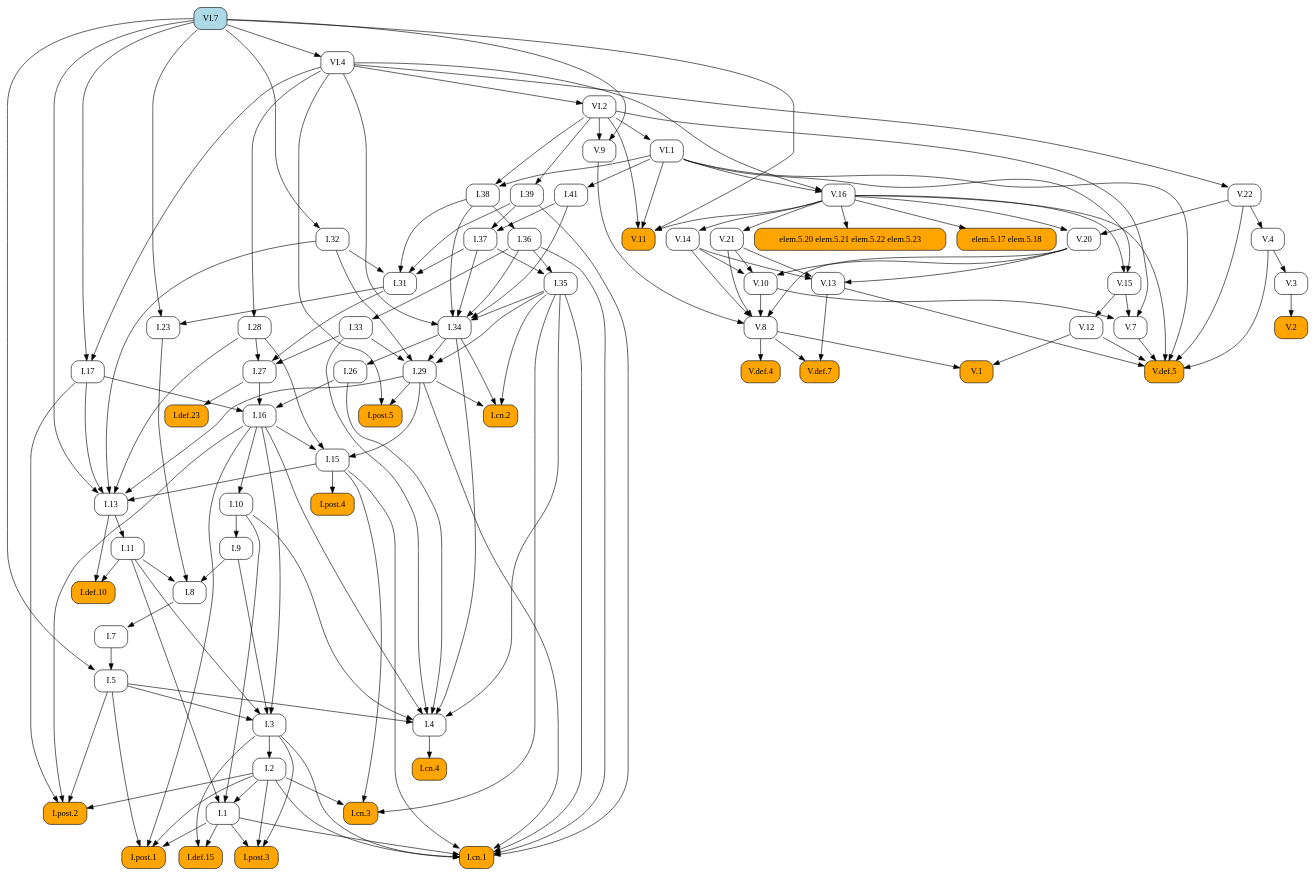
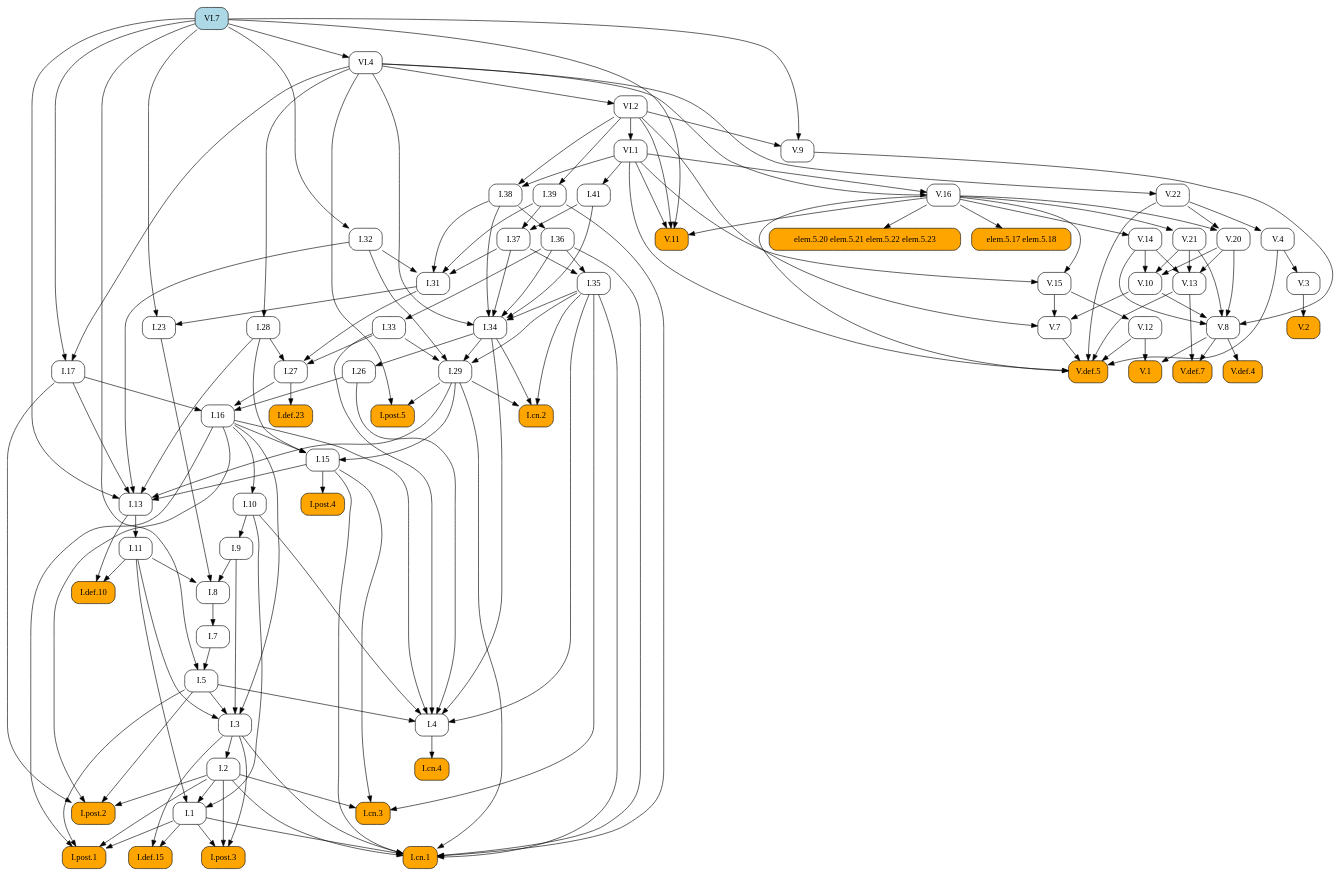
The diagram in docsrc/heath/VI/7/index.rst (geometor/elements), drawn with Graphviz before and after one commit. The commit also changed other lines of this file and 1029 other files, not shown here.

```diff
--- a/docsrc/heath/VI/7/index.rst
+++ b/docsrc/heath/VI/7/index.rst
@@ -87,142 +87,81 @@
    digraph {
      rankdir="TB";
      node [shape=box, style=rounded];
+     "I.def.10" [style="rounded,filled", fillcolor=orange, URL="/heath/I/def.10/", target="_top"];
+     "I.11" [URL="/heath/I/11/", target="_top"];
+     "I.post.4" [style="rounded,filled", fillcolor=orange, URL="/heath/I/post.4/", target="_top"];
+     "I.28" [URL="/heath/I/28/", target="_top"];
+     "I.1" [URL="/heath/I/1/", target="_top"];
+     "V.def.5" [style="rounded,filled", fillcolor=orange, URL="/heath/V/def.5/", target="_top"];
+     "V.13" [URL="/heath/V/13/", target="_top"];
+     "V.11" [style="rounded,filled", fillcolor=orange, URL="/heath/V/11/", target="_top"];
+     "I.post.3" [style="rounded,filled", fillcolor=orange, URL="/heath/I/post.3/", target="_top"];
+     "VI.1" [URL="/heath/VI/1/", target="_top"];
+     "I.cn.3" [style="rounded,filled", fillcolor=orange, URL="/heath/I/cn.3/", target="_top"];
+     "V.16" [URL="/heath/V/16/", target="_top"];
+     "VI.4" [URL="/heath/VI/4/", target="_top"];
+     "V.3" [URL="/heath/V/3/", target="_top"];
+     "V.8" [URL="/heath/V/8/", target="_top"];
+     "I.27" [URL="/heath/I/27/", target="_top"];
+     "I.36" [URL="/heath/I/36/", target="_top"];
+     "I.41" [URL="/heath/I/41/", target="_top"];
+     "I.37" [URL="/heath/I/37/", target="_top"];
+     "I.34" [URL="/heath/I/34/", target="_top"];
+     "I.2" [URL="/heath/I/2/", target="_top"];
+     "I.def.23" [style="rounded,filled", fillcolor=orange, URL="/heath/I/def.23/", target="_top"];
+     "I.17" [URL="/heath/I/17/", target="_top"];
+     "I.33" [URL="/heath/I/33/", target="_top"];
+     "I.post.2" [style="rounded,filled", fillcolor=orange, URL="/heath/I/post.2/", target="_top"];
+     "elem.5.20 elem.5.21 elem.5.22 elem.5.23" [style="rounded,filled", fillcolor=orange];
+     "I.9" [URL="/heath/I/9/", target="_top"];
+     "I.32" [URL="/heath/I/32/", target="_top"];
+     "I.cn.4" [style="rounded,filled", fillcolor=orange, URL="/heath/I/cn.4/", target="_top"];
+     "V.def.4" [style="rounded,filled", fillcolor=orange, URL="/heath/V/def.4/", target="_top"];
+     "I.15" [URL="/heath/I/15/", target="_top"];
+     "I.38" [URL="/heath/I/38/", target="_top"];
+     "V.def.7" [style="rounded,filled", fillcolor=orange, URL="/heath/V/def.7/", target="_top"];
+     "I.5" [URL="/heath/I/5/", target="_top"];
+     "V.21" [URL="/heath/V/21/", target="_top"];
+     "I.39" [URL="/heath/I/39/", target="_top"];
+     "I.26" [URL="/heath/I/26/", target="_top"];
+     "V.14" [URL="/heath/V/14/", target="_top"];
+     "I.29" [URL="/heath/I/29/", target="_top"];
+     "V.22" [URL="/heath/V/22/", target="_top"];
+     "V.12" [URL="/heath/V/12/", target="_top"];
+     "I.cn.2" [style="rounded,filled", fillcolor=orange, URL="/heath/I/cn.2/", target="_top"];
+     "V.20" [URL="/heath/V/20/", target="_top"];
+     "V.10" [URL="/heath/V/10/", target="_top"];
+     "VI.2" [URL="/heath/VI/2/", target="_top"];
+     "I.def.15" [style="rounded,filled", fillcolor=orange, URL="/heath/I/def.15/", target="_top"];
+     "V.15" [URL="/heath/V/15/", target="_top"];
+     "I.cn.1" [style="rounded,filled", fillcolor=orange, URL="/heath/I/cn.1/", target="_top"];
+     "V.7" [URL="/heath/V/7/", target="_top"];
+     "V.9" [URL="/heath/V/9/", target="_top"];
+     "I.23" [URL="/heath/I/23/", target="_top"];
+     "I.post.1" [style="rounded,filled", fillcolor=orange, URL="/heath/I/post.1/", target="_top"];
+     "I.35" [URL="/heath/I/35/", target="_top"];
+     "I.7" [URL="/heath/I/7/", target="_top"];
+     "I.3" [URL="/heath/I/3/", target="_top"];
+     "VI.7" [style="rounded,filled", fillcolor=lightblue, URL="/heath/VI/7/", target="_top"];
+     "I.4" [URL="/heath/I/4/", target="_top"];
+     "I.13" [URL="/heath/I/13/", target="_top"];
+     "V.4" [URL="/heath/V/4/", target="_top"];
+     "I.31" [URL="/heath/I/31/", target="_top"];
      "V.1" [style="rounded,filled", fillcolor=orange, URL="/heath/V/1/", target="_top"];
-     "I.29" [URL="/heath/I/29/", target="_top"];
-     "I.7" [URL="/heath/I/7/", target="_top"];
-     "I.27" [URL="/heath/I/27/", target="_top"];
-     "I.def.23" [style="rounded,filled", fillcolor=orange, URL="/heath/I/def.23/", target="_top"];
-     "V.20" [URL="/heath/V/20/", target="_top"];
-     "I.34" [URL="/heath/I/34/", target="_top"];
+     "I.16" [URL="/heath/I/16/", target="_top"];
+     "elem.5.17 elem.5.18" [style="rounded,filled", fillcolor=orange];
      "I.8" [URL="/heath/I/8/", target="_top"];
      "V.2" [style="rounded,filled", fillcolor=orange, URL="/heath/V/2/", target="_top"];
-     "I.9" [URL="/heath/I/9/", target="_top"];
-     "V.22" [URL="/heath/V/22/", target="_top"];
-     "I.post.4" [style="rounded,filled", fillcolor=orange, URL="/heath/I/post.4/", target="_top"];
-     "I.2" [URL="/heath/I/2/", target="_top"];
-     "V.4" [URL="/heath/V/4/", target="_top"];
-     "I.28" [URL="/heath/I/28/", target="_top"];
-     "VI.4" [URL="/heath/VI/4/", target="_top"];
-     "I.cn.4" [style="rounded,filled", fillcolor=orange, URL="/heath/I/cn.4/", target="_top"];
-     "VI.7" [style="rounded,filled", fillcolor=lightblue, URL="/heath/VI/7/", target="_top"];
-     "VI.2" [URL="/heath/VI/2/", target="_top"];
-     "elem.5.20 elem.5.21 elem.5.22 elem.5.23" [style="rounded,filled", fillcolor=orange];
-     "I.23" [URL="/heath/I/23/", target="_top"];
-     "I.13" [URL="/heath/I/13/", target="_top"];
-     "I.5" [URL="/heath/I/5/", target="_top"];
-     "I.11" [URL="/heath/I/11/", target="_top"];
-     "I.4" [URL="/heath/I/4/", target="_top"];
-     "I.def.10" [style="rounded,filled", fillcolor=orange, URL="/heath/I/def.10/", target="_top"];
-     "I.post.3" [style="rounded,filled", fillcolor=orange, URL="/heath/I/post.3/", target="_top"];
-     "V.9" [URL="/heath/V/9/", target="_top"];
-     "elem.5.17 elem.5.18" [style="rounded,filled", fillcolor=orange];
-     "V.3" [URL="/heath/V/3/", target="_top"];
-     "I.36" [URL="/heath/I/36/", target="_top"];
-     "V.12" [URL="/heath/V/12/", target="_top"];
-     "I.15" [URL="/heath/I/15/", target="_top"];
-     "I.17" [URL="/heath/I/17/", target="_top"];
-     "I.32" [URL="/heath/I/32/", target="_top"];
-     "I.41" [URL="/heath/I/41/", target="_top"];
-     "V.def.5" [style="rounded,filled", fillcolor=orange, URL="/heath/V/def.5/", target="_top"];
-     "I.cn.3" [style="rounded,filled", fillcolor=orange, URL="/heath/I/cn.3/", target="_top"];
-     "V.16" [URL="/heath/V/16/", target="_top"];
-     "I.38" [URL="/heath/I/38/", target="_top"];
-     "V.15" [URL="/heath/V/15/", target="_top"];
-     "V.def.4" [style="rounded,filled", fillcolor=orange, URL="/heath/V/def.4/", target="_top"];
-     "V.21" [URL="/heath/V/21/", target="_top"];
-     "V.8" [URL="/heath/V/8/", target="_top"];
-     "I.def.15" [style="rounded,filled", fillcolor=orange, URL="/heath/I/def.15/", target="_top"];
-     "I.1" [URL="/heath/I/1/", target="_top"];
-     "V.7" [URL="/heath/V/7/", target="_top"];
-     "I.post.1" [style="rounded,filled", fillcolor=orange, URL="/heath/I/post.1/", target="_top"];
-     "V.13" [URL="/heath/V/13/", target="_top"];
-     "I.26" [URL="/heath/I/26/", target="_top"];
-     "I.33" [URL="/heath/I/33/", target="_top"];
-     "V.def.7" [style="rounded,filled", fillcolor=orange, URL="/heath/V/def.7/", target="_top"];
-     "I.39" [URL="/heath/I/39/", target="_top"];
-     "I.cn.2" [style="rounded,filled", fillcolor=orange, URL="/heath/I/cn.2/", target="_top"];
-     "V.10" [URL="/heath/V/10/", target="_top"];
+     "I.post.5" [style="rounded,filled", fillcolor=orange, URL="/heath/I/post.5/", target="_top"];
      "I.10" [URL="/heath/I/10/", target="_top"];
-     "I.3" [URL="/heath/I/3/", target="_top"];
-     "I.16" [URL="/heath/I/16/", target="_top"];
-     "I.31" [URL="/heath/I/31/", target="_top"];
-     "V.11" [style="rounded,filled", fillcolor=orange, URL="/heath/V/11/", target="_top"];
-     "I.post.2" [style="rounded,filled", fillcolor=orange, URL="/heath/I/post.2/", target="_top"];
-     "I.post.5" [style="rounded,filled", fillcolor=orange, URL="/heath/I/post.5/", target="_top"];
-     "VI.1" [URL="/heath/VI/1/", target="_top"];
-     "I.35" [URL="/heath/I/35/", target="_top"];
-     "I.cn.1" [style="rounded,filled", fillcolor=orange, URL="/heath/I/cn.1/", target="_top"];
-     "I.37" [URL="/heath/I/37/", target="_top"];
-     "V.14" [URL="/heath/V/14/", target="_top"];
-     "V.8" -> "V.1";
-     "V.12" -> "V.1";
-     "I.32" -> "I.29";
-     "I.33" -> "I.29";
-     "I.34" -> "I.29";
-     "I.35" -> "I.29";
-     "I.8" -> "I.7";
-     "I.28" -> "I.27";
-     "I.31" -> "I.27";
-     "I.33" -> "I.27";
-     "I.27" -> "I.def.23";
-     "V.16" -> "V.20";
-     "V.22" -> "V.20";
-     "I.35" -> "I.34";
-     "I.36" -> "I.34";
-     "I.37" -> "I.34";
-     "I.38" -> "I.34";
-     "I.41" -> "I.34";
-     "VI.4" -> "I.34";
-     "I.9" -> "I.8";
-     "I.11" -> "I.8";
-     "I.23" -> "I.8";
-     "V.3" -> "V.2";
-     "I.10" -> "I.9";
-     "VI.4" -> "V.22";
-     "I.15" -> "I.post.4";
-     "I.3" -> "I.2";
-     "V.22" -> "V.4";
-     "VI.4" -> "I.28";
-     "VI.7" -> "VI.4";
-     "I.4" -> "I.cn.4";
-     "VI.4" -> "VI.2";
-     "V.16" -> "elem.5.20 elem.5.21 elem.5.22 elem.5.23";
-     "I.31" -> "I.23";
-     "VI.7" -> "I.23";
-     "I.15" -> "I.13";
-     "I.17" -> "I.13";
-     "I.28" -> "I.13";
-     "I.29" -> "I.13";
-     "I.32" -> "I.13";
-     "VI.7" -> "I.13";
-     "I.7" -> "I.5";
-     "VI.7" -> "I.5";
-     "I.13" -> "I.11";
-     "I.5" -> "I.4";
-     "I.10" -> "I.4";
-     "I.16" -> "I.4";
-     "I.26" -> "I.4";
-     "I.33" -> "I.4";
-     "I.34" -> "I.4";
-     "I.35" -> "I.4";
      "I.11" -> "I.def.10";
      "I.13" -> "I.def.10";
-     "I.1" -> "I.post.3";
-     "I.2" -> "I.post.3";
-     "I.3" -> "I.post.3";
-     "VI.2" -> "V.9";
-     "VI.7" -> "V.9";
-     "V.16" -> "elem.5.17 elem.5.18";
-     "V.4" -> "V.3";
-     "I.38" -> "I.36";
-     "V.15" -> "V.12";
-     "I.16" -> "I.15";
-     "I.28" -> "I.15";
-     "I.29" -> "I.15";
-     "VI.4" -> "I.17";
-     "VI.7" -> "I.17";
-     "VI.7" -> "I.32";
-     "VI.1" -> "I.41";
+     "I.13" -> "I.11";
+     "I.15" -> "I.post.4";
+     "VI.4" -> "I.28";
+     "I.2" -> "I.1";
+     "I.10" -> "I.1";
+     "I.11" -> "I.1";
      "V.4" -> "V.def.5";
      "V.7" -> "V.def.5";
      "V.12" -> "V.def.5";
@@ -230,73 +169,88 @@
      "V.16" -> "V.def.5";
      "V.22" -> "V.def.5";
      "VI.1" -> "V.def.5";
+     "V.14" -> "V.13";
+     "V.20" -> "V.13";
+     "V.21" -> "V.13";
+     "V.16" -> "V.11";
+     "VI.1" -> "V.11";
+     "VI.2" -> "V.11";
+     "VI.7" -> "V.11";
+     "I.1" -> "I.post.3";
+     "I.2" -> "I.post.3";
+     "I.3" -> "I.post.3";
+     "VI.2" -> "VI.1";
      "I.2" -> "I.cn.3";
      "I.15" -> "I.cn.3";
      "I.35" -> "I.cn.3";
      "VI.1" -> "V.16";
      "VI.4" -> "V.16";
-     "VI.1" -> "I.38";
-     "VI.2" -> "I.38";
-     "V.16" -> "V.15";
-     "VI.1" -> "V.15";
-     "V.8" -> "V.def.4";
-     "V.16" -> "V.21";
+     "VI.7" -> "VI.4";
+     "V.4" -> "V.3";
      "V.9" -> "V.8";
      "V.10" -> "V.8";
      "V.14" -> "V.8";
      "V.20" -> "V.8";
      "V.21" -> "V.8";
-     "I.1" -> "I.def.15";
-     "I.3" -> "I.def.15";
-     "I.2" -> "I.1";
-     "I.10" -> "I.1";
-     "I.11" -> "I.1";
-     "V.10" -> "V.7";
-     "V.15" -> "V.7";
-     "VI.2" -> "V.7";
-     "I.1" -> "I.post.1";
-     "I.2" -> "I.post.1";
-     "I.5" -> "I.post.1";
-     "I.16" -> "I.post.1";
-     "V.14" -> "V.13";
-     "V.20" -> "V.13";
-     "V.21" -> "V.13";
-     "I.34" -> "I.26";
+     "I.28" -> "I.27";
+     "I.31" -> "I.27";
+     "I.33" -> "I.27";
+     "I.38" -> "I.36";
+     "VI.1" -> "I.41";
+     "I.39" -> "I.37";
+     "I.41" -> "I.37";
+     "I.35" -> "I.34";
+     "I.36" -> "I.34";
+     "I.37" -> "I.34";
+     "I.38" -> "I.34";
+     "I.41" -> "I.34";
+     "VI.4" -> "I.34";
+     "I.3" -> "I.2";
+     "I.27" -> "I.def.23";
+     "VI.4" -> "I.17";
+     "VI.7" -> "I.17";
      "I.36" -> "I.33";
-     "V.8" -> "V.def.7";
-     "V.13" -> "V.def.7";
-     "VI.2" -> "I.39";
-     "I.29" -> "I.cn.2";
-     "I.34" -> "I.cn.2";
-     "I.35" -> "I.cn.2";
-     "V.14" -> "V.10";
-     "V.20" -> "V.10";
-     "V.21" -> "V.10";
-     "I.16" -> "I.10";
-     "I.5" -> "I.3";
-     "I.9" -> "I.3";
-     "I.11" -> "I.3";
-     "I.16" -> "I.3";
-     "I.17" -> "I.16";
-     "I.26" -> "I.16";
-     "I.27" -> "I.16";
-     "I.32" -> "I.31";
-     "I.37" -> "I.31";
-     "I.38" -> "I.31";
-     "I.39" -> "I.31";
-     "V.16" -> "V.11";
-     "VI.1" -> "V.11";
-     "VI.2" -> "V.11";
-     "VI.7" -> "V.11";
      "I.2" -> "I.post.2";
      "I.5" -> "I.post.2";
      "I.16" -> "I.post.2";
      "I.17" -> "I.post.2";
-     "I.29" -> "I.post.5";
-     "VI.4" -> "I.post.5";
-     "VI.2" -> "VI.1";
-     "I.36" -> "I.35";
-     "I.37" -> "I.35";
+     "V.16" -> "elem.5.20 elem.5.21 elem.5.22 elem.5.23";
+     "I.10" -> "I.9";
+     "VI.7" -> "I.32";
+     "I.4" -> "I.cn.4";
+     "V.8" -> "V.def.4";
+     "I.16" -> "I.15";
+     "I.28" -> "I.15";
+     "I.29" -> "I.15";
+     "VI.1" -> "I.38";
+     "VI.2" -> "I.38";
+     "V.8" -> "V.def.7";
+     "V.13" -> "V.def.7";
+     "I.7" -> "I.5";
+     "VI.7" -> "I.5";
+     "V.16" -> "V.21";
+     "VI.2" -> "I.39";
+     "I.34" -> "I.26";
+     "V.16" -> "V.14";
+     "I.32" -> "I.29";
+     "I.33" -> "I.29";
+     "I.34" -> "I.29";
+     "I.35" -> "I.29";
+     "VI.4" -> "V.22";
+     "V.15" -> "V.12";
+     "I.29" -> "I.cn.2";
+     "I.34" -> "I.cn.2";
+     "I.35" -> "I.cn.2";
+     "V.16" -> "V.20";
+     "V.22" -> "V.20";
+     "V.14" -> "V.10";
+     "V.20" -> "V.10";
+     "V.21" -> "V.10";
+     "VI.4" -> "VI.2";
+     "I.1" -> "I.def.15";
+     "I.3" -> "I.def.15";
+     "V.16" -> "V.15";
+     "VI.1" -> "V.15";
      "I.1" -> "I.cn.1";
      "I.2" -> "I.cn.1";
      "I.3" -> "I.cn.1";
@@ -305,7 +259,53 @@
      "I.35" -> "I.cn.1";
      "I.36" -> "I.cn.1";
      "I.39" -> "I.cn.1";
-     "I.39" -> "I.37";
-     "I.41" -> "I.37";
-     "V.16" -> "V.14";
+     "V.10" -> "V.7";
+     "V.15" -> "V.7";
+     "VI.2" -> "V.7";
+     "VI.2" -> "V.9";
+     "VI.7" -> "V.9";
+     "I.31" -> "I.23";
+     "VI.7" -> "I.23";
+     "I.1" -> "I.post.1";
+     "I.2" -> "I.post.1";
+     "I.5" -> "I.post.1";
+     "I.16" -> "I.post.1";
+     "I.36" -> "I.35";
+     "I.37" -> "I.35";
+     "I.8" -> "I.7";
+     "I.5" -> "I.3";
+     "I.9" -> "I.3";
+     "I.11" -> "I.3";
+     "I.16" -> "I.3";
+     "I.5" -> "I.4";
+     "I.10" -> "I.4";
+     "I.16" -> "I.4";
+     "I.26" -> "I.4";
+     "I.33" -> "I.4";
+     "I.34" -> "I.4";
+     "I.35" -> "I.4";
+     "I.15" -> "I.13";
+     "I.17" -> "I.13";
+     "I.28" -> "I.13";
+     "I.29" -> "I.13";
+     "I.32" -> "I.13";
+     "VI.7" -> "I.13";
+     "V.22" -> "V.4";
+     "I.32" -> "I.31";
+     "I.37" -> "I.31";
+     "I.38" -> "I.31";
+     "I.39" -> "I.31";
+     "V.8" -> "V.1";
+     "V.12" -> "V.1";
+     "I.17" -> "I.16";
+     "I.26" -> "I.16";
+     "I.27" -> "I.16";
+     "V.16" -> "elem.5.17 elem.5.18";
+     "I.9" -> "I.8";
+     "I.11" -> "I.8";
+     "I.23" -> "I.8";
+     "V.3" -> "V.2";
+     "I.29" -> "I.post.5";
+     "VI.4" -> "I.post.5";
+     "I.16" -> "I.10";
    }
```
